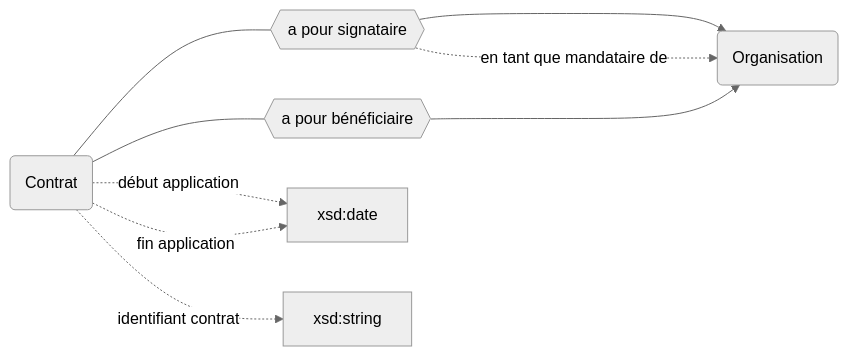
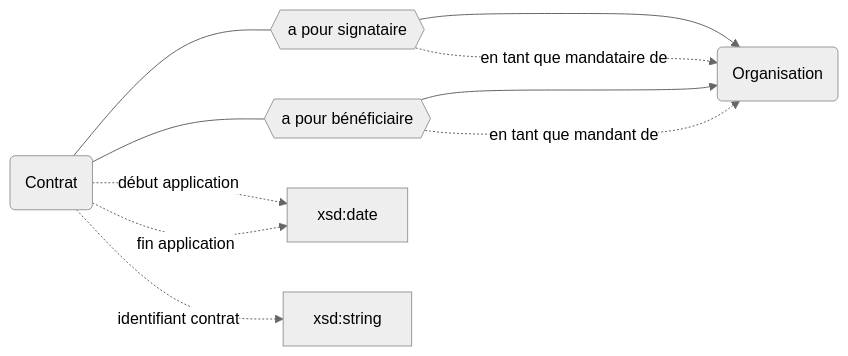
The third of 3 diagrams in docs/Modélisation Movies/Contrat de documentation électronique/Contrat de documentation électronique.md (abes-esr/movies-documentation), drawn with Mermaid (neutral theme) before and after one commit.

Commit message:
Update Contrat de documentation électronique.md

````diff
--- a/docs/Modélisation Movies/Contrat de documentation électronique/Contrat de documentation électronique.md
+++ b/docs/Modélisation Movies/Contrat de documentation électronique/Contrat de documentation électronique.md
@@ -44,15 +44,16 @@
 ```mermaid
 graph LR
     CONTRAT(Contrat)
     SIG{{a pour signataire}}
     BEN{{a pour bénéficiaire}}
     ORG(Organisation)
   
     CONTRAT -.-> |début application| xsd:date
     CONTRAT -.-> |fin application| xsd:date
     CONTRAT --- SIG ---> ORG
     SIG -.-> |en tant que mandataire de| ORG
     CONTRAT -.-> |identifiant contrat| S[xsd:string]
     CONTRAT --- BEN ---> ORG
+    BEN -.-> |en tant que mandant de| ORG
     
 ```
````
